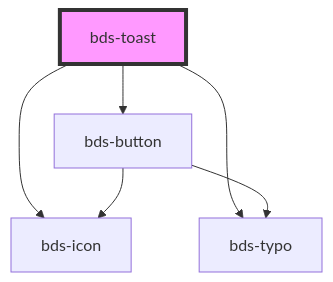
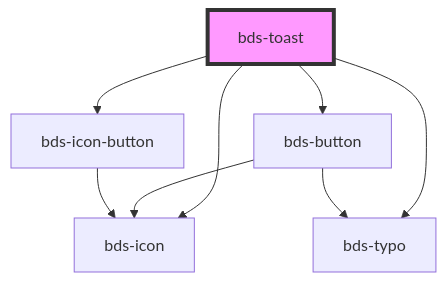
Before and after one commit to takenet/blip-ds: the diagram in src/components/toast/readme.md, drawn with Mermaid. The commit also changed other lines of this file and 30 other files, not shown here.

First line of the commit message:
feat(component): adjust toast component, button component and icon-buttons component

````diff
--- a/src/components/toast/readme.md
+++ b/src/components/toast/readme.md
@@ -42,9 +63,11 @@
 ```mermaid
 graph TD;
   bds-toast --> bds-icon
   bds-toast --> bds-typo
   bds-toast --> bds-button
+  bds-toast --> bds-icon-button
   bds-button --> bds-icon
   bds-button --> bds-typo
+  bds-icon-button --> bds-icon
   style bds-toast fill:#f9f,stroke:#333,stroke-width:4px
 ```
````
